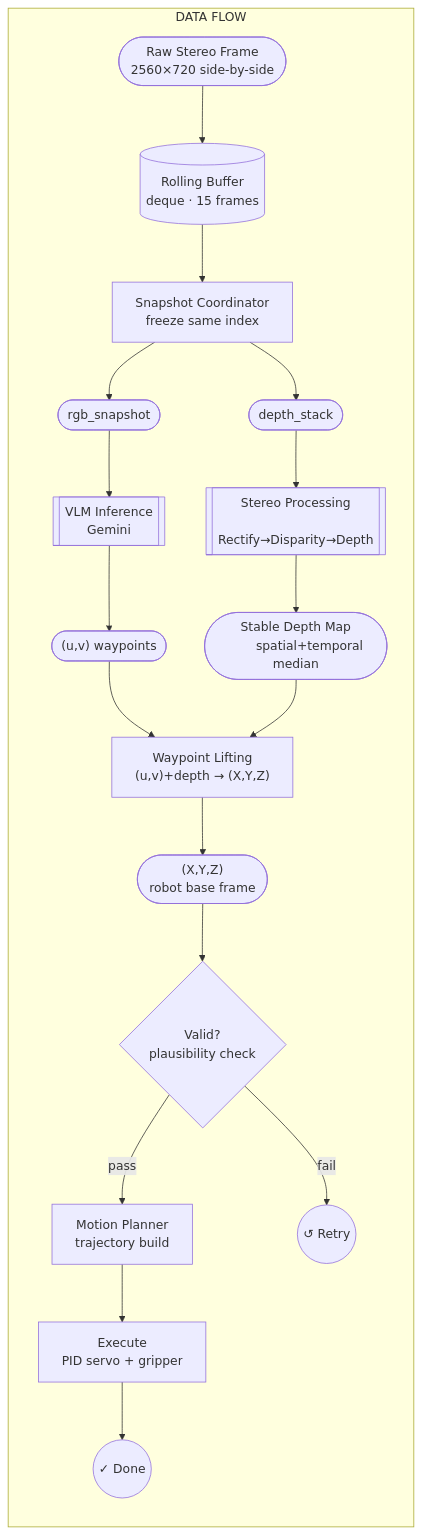
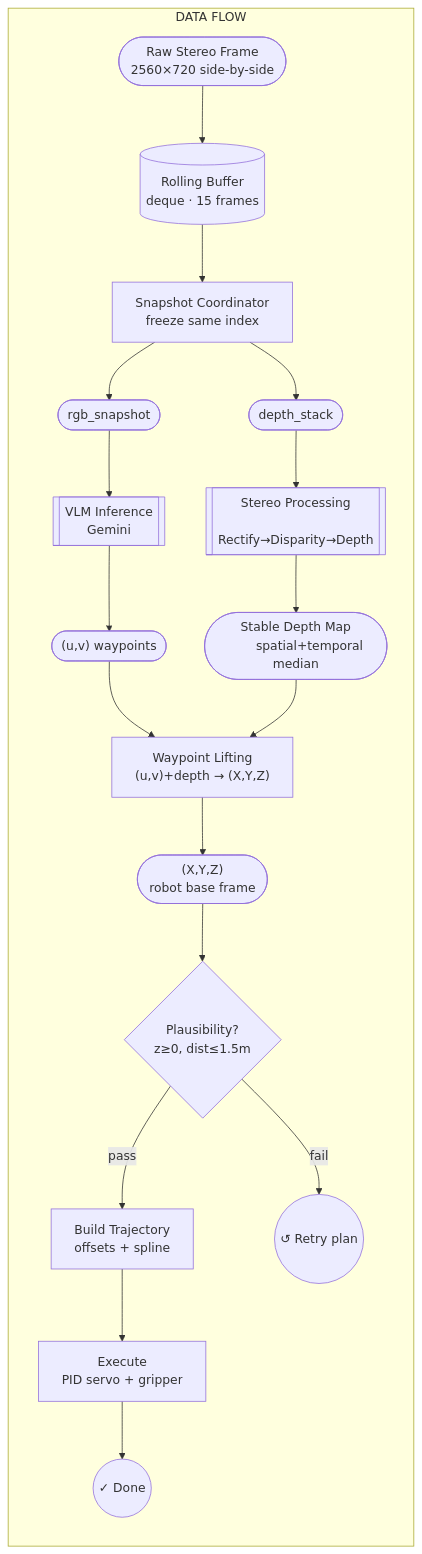
The diagram in README.md (Haollll/vla_robot), drawn with Mermaid before and after one commit. The commit also changed other lines of this file and 1 other file, not shown here.

First line of the commit message:
Update README and CLAUDE.md for refactored architecture

````diff
--- a/README.md
+++ b/README.md
@@ -34,51 +36,51 @@
 ```mermaid
 flowchart TD
   subgraph DF["DATA FLOW"]
       direction TB
 
       A(["Raw Stereo Frame
         2560×720 side-by-side"])
       B[("Rolling Buffer
         deque · 15 frames")]
       C["Snapshot Coordinator
         freeze same index"]
 
       D1(["rgb_snapshot"])
       D2(["depth_stack"])
 
       E1[["VLM Inference
         Gemini"]]
       E2[["Stereo Processing
         Rectify→Disparity→Depth"]]
 
       F1(["(u,v) waypoints"])
       F2(["Stable Depth Map
         spatial+temporal median"])
 
       G["Waypoint Lifting
         (u,v)+depth → (X,Y,Z)"]
 
       H(["(X,Y,Z)
         robot base frame"])
 
-      I{"Valid?
-        plausibility check"}
+      I{"Plausibility?
+        z≥0, dist≤1.5m"}
 
-      J["Motion Planner
-        trajectory build"]
+      J["Build Trajectory
+        offsets + spline"]
       K["Execute
         PID servo + gripper"]
 
       END(("✓ Done"))
-      RETRY(("↺ Retry"))
+      RETRY(("↺ Retry plan"))
 
       A --> B --> C
       C --> D1 --> E1 --> F1
       C --> D2 --> E2 --> F2
       F1 --> G
       F2 --> G
       G --> H --> I
       I -->|"pass"| J --> K --> END
       I -->|"fail"| RETRY
   end
 ```
````
